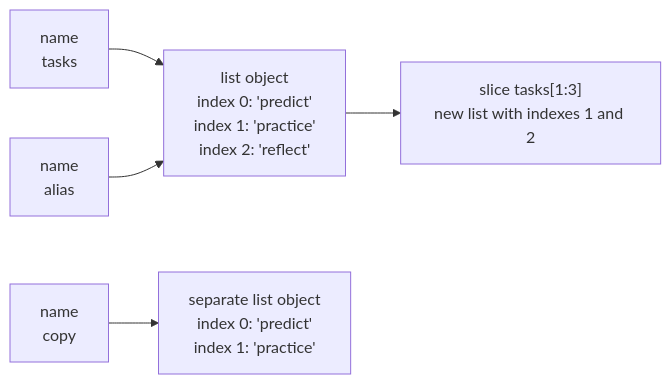
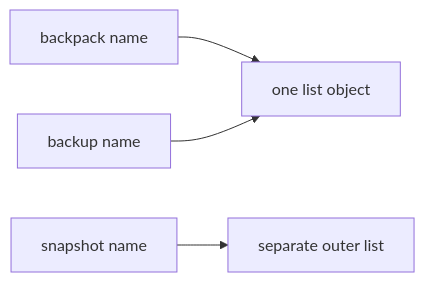
One commit to freecampus/python changed the diagram in docs/courses/python-foundations/units/collections-iteration/lists.qmd. Above: the diagram before and after it, drawn with Mermaid. The commit also changed other lines of this file and 20 other files, not shown here.

````diff
--- a/docs/courses/python-foundations/units/collections-iteration/lists.qmd
+++ b/docs/courses/python-foundations/units/collections-iteration/lists.qmd
@@ -46,9 +488,8 @@
 ```{mermaid}
 %%| echo: false
 %%| eval: true
 flowchart LR
-  tasks["name<br/>tasks"] --> list["list object<br/>index 0: 'predict'<br/>index 1: 'practice'<br/>index 2: 'reflect'"]
-  alias["name<br/>alias"] --> list
-  copy["name<br/>copy"] --> copylist["separate list object<br/>index 0: 'predict'<br/>index 1: 'practice'"]
-  list --> slice["slice tasks[1:3]<br/>new list with indexes 1 and 2"]
+    A["backpack name"] --> B["one list object"]
+    C["backup name"] --> B
+    D["snapshot name"] --> E["separate outer list"]
 ```
````
